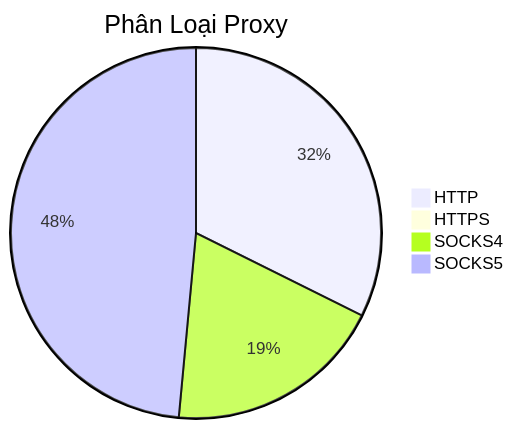
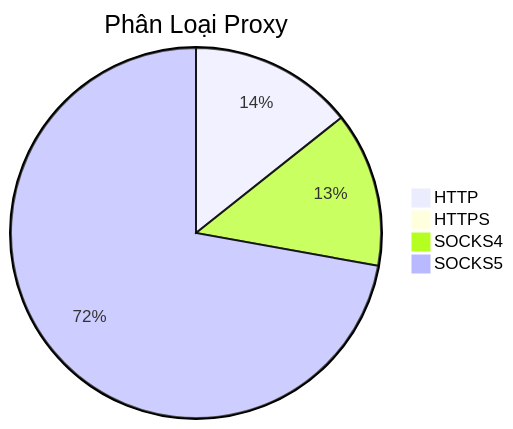
Before and after one commit to Ciara-Aa/PROXY-free: the diagram in README.md, drawn with Mermaid. The commit also changed other lines of this file and 4 other files, not shown here.

````diff
--- a/README.md
+++ b/README.md
@@ -26,7 +26,7 @@
 ```mermaid
 pie title Phân Loại Proxy
-    "HTTP" : 458
+    "HTTP" : 250
     "HTTPS" : 4
-    "SOCKS4" : 271
-    "SOCKS5" : 687
+    "SOCKS4" : 236
+    "SOCKS5" : 1260
 ```
````
